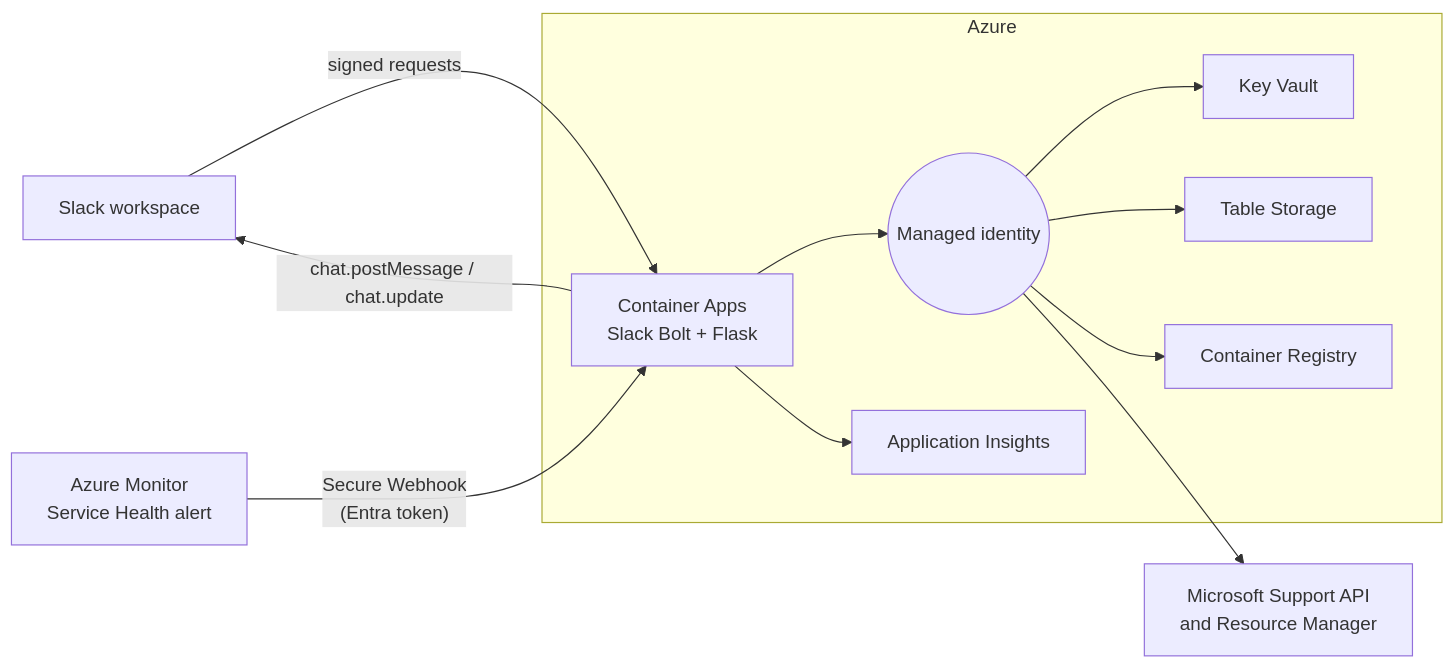
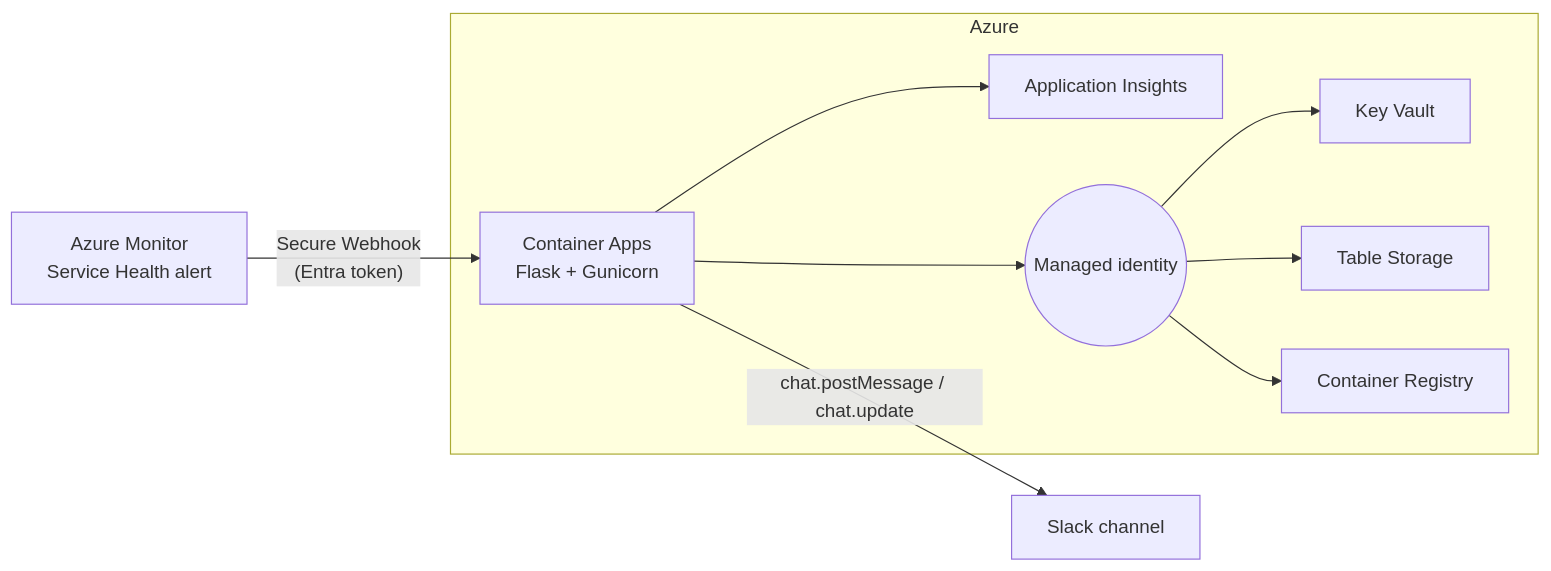
Before and after one commit to ricmmartins/azure-support-slack-bot: the diagram in docs/blog-post.md, drawn with Mermaid. The commit also changed other lines of this file and 43 other files, not shown here.

````diff
--- a/docs/blog-post.md
+++ b/docs/blog-post.md
@@ -38,20 +33,18 @@
 ```mermaid
 flowchart LR
-    Slack[Slack workspace] -- "signed requests" --> ACA
     AM[Azure Monitor<br/>Service Health alert] -- "Secure Webhook<br/>(Entra token)" --> ACA
     subgraph Azure
-        ACA[Container Apps<br/>Slack Bolt + Flask]
+        ACA[Container Apps<br/>Flask + Gunicorn]
         KV[Key Vault]
         TS[Table Storage]
         AI[Application Insights]
         ACR[Container Registry]
         MI((Managed identity))
     end
     ACA --> MI
     MI --> KV
     MI --> TS
     MI --> ACR
-    MI --> Support[Microsoft Support API<br/>and Resource Manager]
     ACA --> AI
-    ACA -- "chat.postMessage / chat.update" --> Slack
+    ACA -- "chat.postMessage / chat.update" --> Slack[Slack channel]
 ```
````
